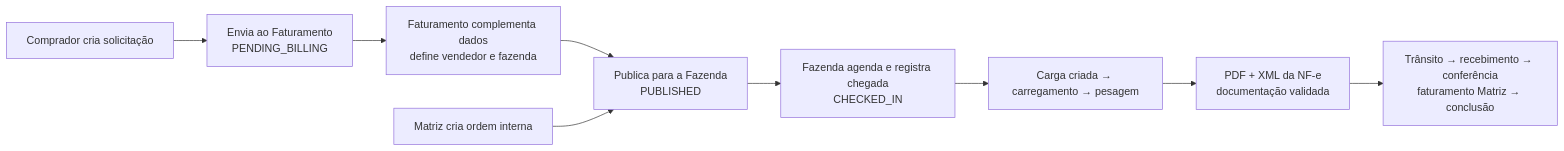
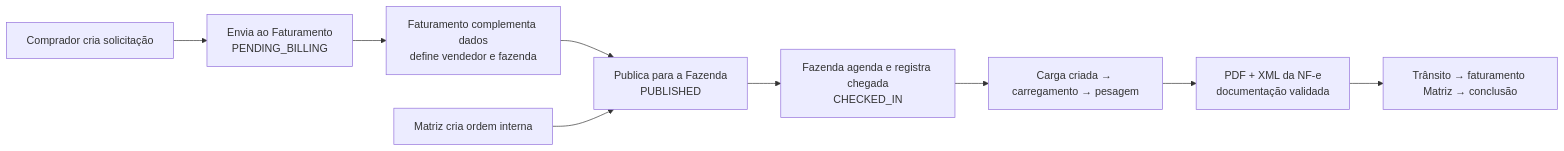
The first of 6 diagrams in docs/flows.md (antoniocavali/Ordens_2.0), drawn with Mermaid before and after one commit. The commit also changed other lines of this file and 24 other files, not shown here.

````diff
--- a/docs/flows.md
+++ b/docs/flows.md
@@ -5,11 +5,11 @@
 ```mermaid
 flowchart LR
   B[Comprador cria solicitação] --> S[Envia ao Faturamento<br/>PENDING_BILLING]
   S --> F[Faturamento complementa dados<br/>define vendedor e fazenda]
   F --> P[Publica para a Fazenda<br/>PUBLISHED]
   M[Matriz cria ordem interna] --> P
   P --> A[Fazenda agenda e registra chegada<br/>CHECKED_IN]
   A --> C[Carga criada → carregamento → pesagem]
   C --> D[PDF + XML da NF-e<br/>documentação validada]
-  D --> T[Trânsito → recebimento → conferência<br/>faturamento Matriz → conclusão]
+  D --> T[Trânsito → faturamento Matriz → conclusão]
 ```
````
